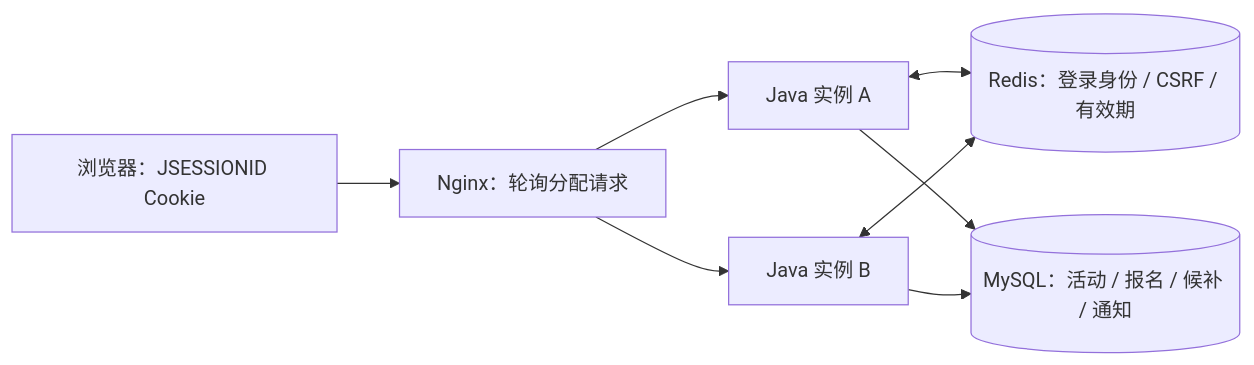
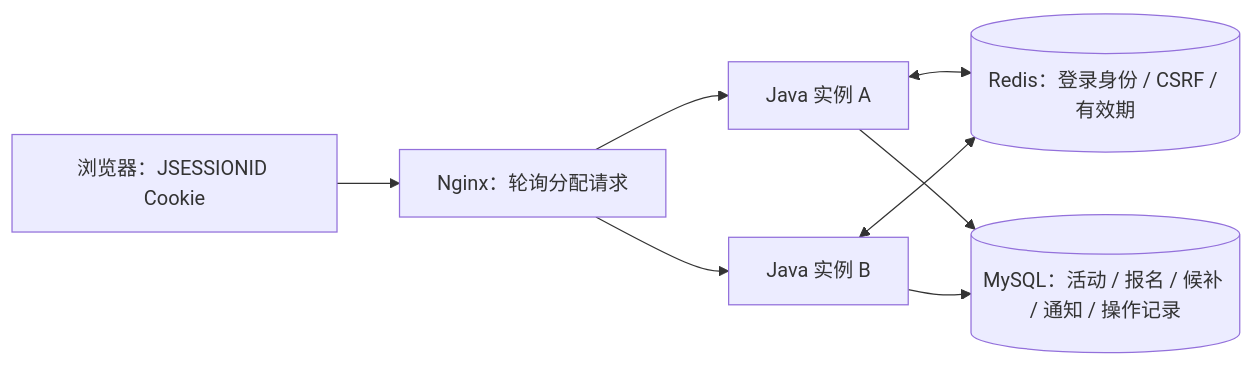
The diagram in docs/shared-session.md (GTASDAW/MYCODE), drawn with Mermaid before and after one commit. The commit also changed other lines of this file and 9 other files, not shown here.

````diff
--- a/docs/shared-session.md
+++ b/docs/shared-session.md
@@ -53,10 +53,10 @@
 ```mermaid
 flowchart LR
     B[浏览器：JSESSIONID Cookie] --> N[Nginx：轮询分配请求]
     N --> A[Java 实例 A]
     N --> C[Java 实例 B]
     A <--> R[(Redis：登录身份 / CSRF / 有效期)]
     C <--> R
-    A --> M[(MySQL：活动 / 报名 / 候补 / 通知)]
+    A --> M[(MySQL：活动 / 报名 / 候补 / 通知 / 操作记录)]
     C --> M
 ```
````
